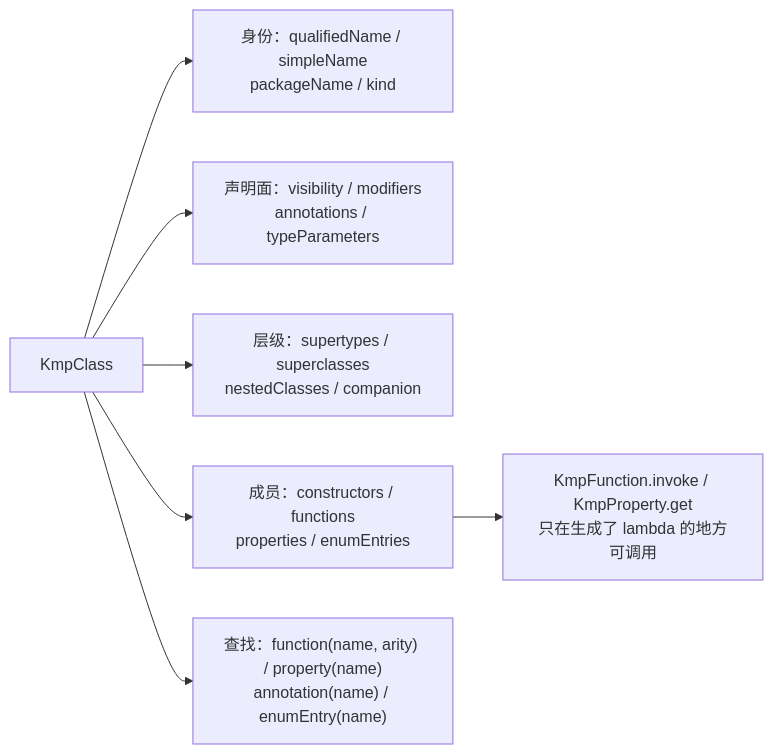
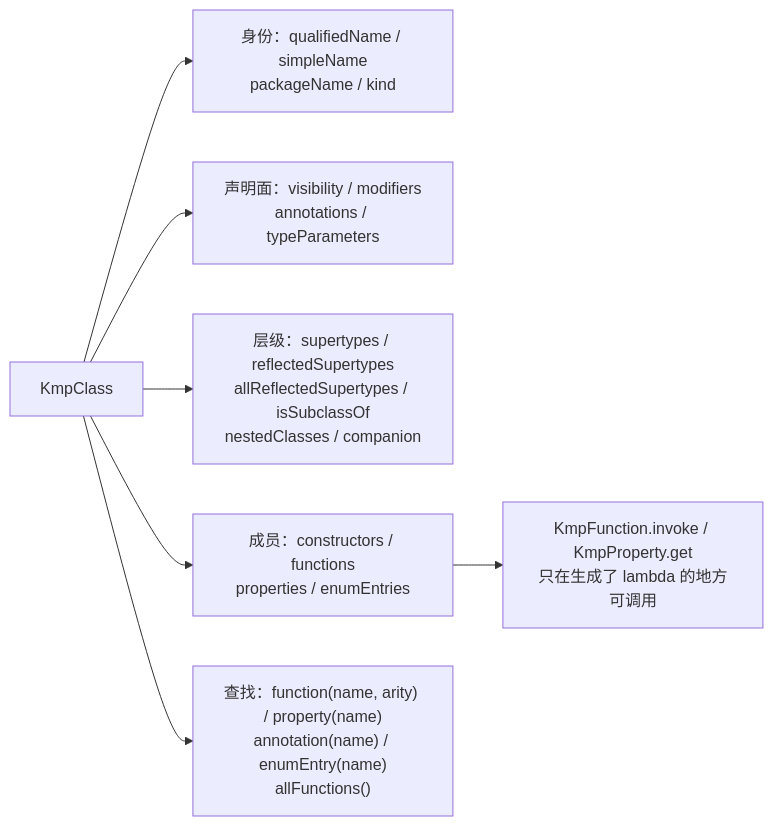
Before and after one commit to shijianjs/kmp-reflect: the first of 2 diagrams in docs/src/jsMain/resources/i18n/zh-Hans/docusaurus-plugin-content-docs/current/guide/metadata.md, drawn with Mermaid. The commit also changed other lines of this file and 14 other files, not shown here.

````diff
--- a/docs/src/jsMain/resources/i18n/zh-Hans/docusaurus-plugin-content-docs/current/guide/metadata.md
+++ b/docs/src/jsMain/resources/i18n/zh-Hans/docusaurus-plugin-content-docs/current/guide/metadata.md
@@ -32,9 +33,9 @@
 ```mermaid
 flowchart LR
     C["KmpClass"] --> N["身份：qualifiedName / simpleName<br/>packageName / kind"]
     C --> M["声明面：visibility / modifiers<br/>annotations / typeParameters"]
-    C --> H["层级：supertypes / superclasses<br/>nestedClasses / companion"]
+    C --> H["层级：supertypes / reflectedSupertypes<br/>allReflectedSupertypes / isSubclassOf<br/>nestedClasses / companion"]
     C --> MB["成员：constructors / functions<br/>properties / enumEntries"]
-    C --> L["查找：function(name, arity) / property(name)<br/>annotation(name) / enumEntry(name)"]
+    C --> L["查找：function(name, arity) / property(name)<br/>annotation(name) / enumEntry(name)<br/>allFunctions()"]
     MB --> INV["KmpFunction.invoke / KmpProperty.get<br/>只在生成了 lambda 的地方可调用"]
 ```
````
